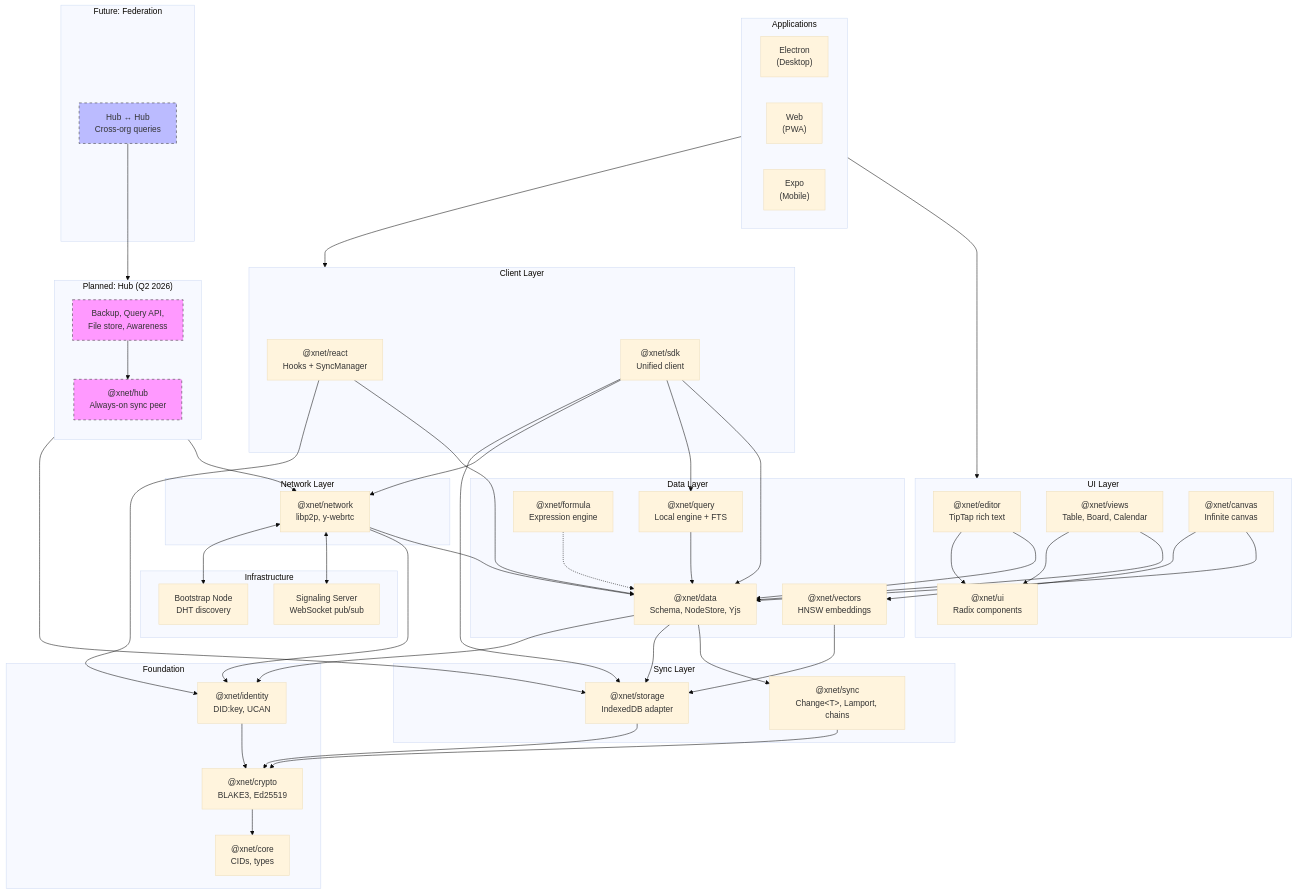
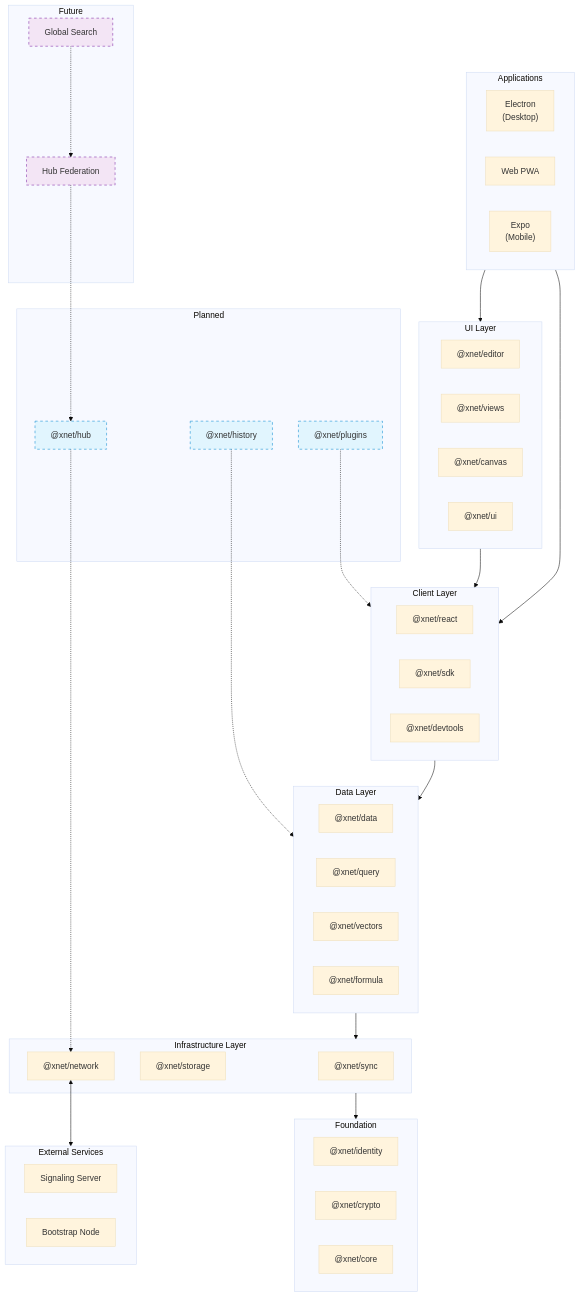
Before and after one commit to crs48/xNet: the first of 3 diagrams in README.md, drawn with Mermaid (base theme). The commit also changed other lines of this file, not shown here.

Commit message:
docs: improve architecture diagrams with hybrid sync model and roadmap

````diff
--- a/README.md
+++ b/README.md
@@ -10,110 +10,75 @@
 flowchart TB
     subgraph Apps["Applications"]
         Electron["Electron<br/>(Desktop)"]
-        Web["Web<br/>(PWA)"]
+        Web["Web PWA"]
         Expo["Expo<br/>(Mobile)"]
     end
 
     subgraph UI["UI Layer"]
-        Editor["@xnet/editor<br/>TipTap rich text"]
-        Views["@xnet/views<br/>Table, Board, Calendar"]
-        Canvas["@xnet/canvas<br/>Infinite canvas"]
-        UILib["@xnet/ui<br/>Radix components"]
+        Editor["@xnet/editor"]
+        Views["@xnet/views"]
+        Canvas["@xnet/canvas"]
+        UILib["@xnet/ui"]
     end
 
     subgraph Client["Client Layer"]
-        React["@xnet/react<br/>Hooks + SyncManager"]
-        SDK["@xnet/sdk<br/>Unified client"]
+        React["@xnet/react"]
+        SDK["@xnet/sdk"]
+        Devtools["@xnet/devtools"]
     end
 
     subgraph Data["Data Layer"]
-        DataPkg["@xnet/data<br/>Schema, NodeStore, Yjs"]
-        Query["@xnet/query<br/>Local engine + FTS"]
-        Vectors["@xnet/vectors<br/>HNSW embeddings"]
-        Formula["@xnet/formula<br/>Expression engine"]
+        DataPkg["@xnet/data"]
+        Query["@xnet/query"]
+        Vectors["@xnet/vectors"]
+        Formula["@xnet/formula"]
     end
 
-    subgraph Sync["Sync Layer"]
-        SyncPkg["@xnet/sync<br/>Change&lt;T&gt;, Lamport, chains"]
-        Storage["@xnet/storage<br/>IndexedDB adapter"]
+    subgraph Infra["Infrastructure Layer"]
+        Sync["@xnet/sync"]
+        Storage["@xnet/storage"]
+        Network["@xnet/network"]
     end
 
     subgraph Foundation["Foundation"]
-        Identity["@xnet/identity<br/>DID:key, UCAN"]
-        Crypto["@xnet/crypto<br/>BLAKE3, Ed25519"]
-        Core["@xnet/core<br/>CIDs, types"]
+        Identity["@xnet/identity"]
+        Crypto["@xnet/crypto"]
+        Core["@xnet/core"]
     end
 
-    subgraph Network["Network Layer"]
-        NetworkPkg["@xnet/network<br/>libp2p, y-webrtc"]
+    Apps --> UI & Client
+    UI --> Client
+    Client --> Data
+    Data --> Infra
+    Infra --> Foundation
+
+    subgraph External["External Services"]
+        Signaling["Signaling Server"]
+        Bootstrap["Bootstrap Node"]
     end
 
-    subgraph Infra["Infrastructure"]
-        Signaling["Signaling Server<br/>WebSocket pub/sub"]
-        Bootstrap["Bootstrap Node<br/>DHT discovery"]
+    Network <--> External
+
+    subgraph Planned["Planned"]
+        Hub["@xnet/hub"]
+        Plugins["@xnet/plugins"]
+        History["@xnet/history"]
     end
 
-    subgraph Planned["Planned: Hub (Q2 2026)"]
-        direction TB
-        Hub["@xnet/hub<br/>Always-on sync peer"]
-        HubFeatures["Backup, Query API,<br/>File store, Awareness"]
+    Hub -.-> Network
+    Plugins -.-> Client
+    History -.-> Data
+
+    subgraph Future["Future"]
+        Federation["Hub Federation"]
+        GlobalIndex["Global Search"]
     end
 
-    subgraph Future["Future: Federation"]
-        Federation["Hub ↔ Hub<br/>Cross-org queries"]
-    end
+    Federation -.-> Hub
+    GlobalIndex -.-> Federation
 
-    %% App connections
-    Apps --> UI
-    Apps --> Client
-
-    %% UI dependencies
-    Editor --> DataPkg
-    Editor --> UILib
-    Views --> DataPkg
-    Views --> UILib
-    Canvas --> DataPkg
-    Canvas --> Vectors
-
-    %% Client dependencies
-    React --> DataPkg
-    React --> Identity
-    SDK --> DataPkg
-    SDK --> Query
-    SDK --> NetworkPkg
-    SDK --> Storage
-
-    %% Data layer
-    DataPkg --> SyncPkg
-    DataPkg --> Storage
-    DataPkg --> Identity
-    Query --> DataPkg
-    Vectors --> Storage
-    Formula -.-> DataPkg
-
-    %% Sync layer
-    SyncPkg --> Crypto
-    Storage --> Crypto
-
-    %% Foundation
-    Identity --> Crypto
-    Crypto --> Core
-
-    %% Network
-    NetworkPkg --> DataPkg
-    NetworkPkg --> Identity
-    NetworkPkg <--> Signaling
-    NetworkPkg <--> Bootstrap
-
-    %% Planned connections
-    Hub --> NetworkPkg
-    Hub --> Storage
-    HubFeatures --> Hub
-    Federation --> Hub
-
-    %% Styling
-    classDef planned fill:#f9f,stroke:#333,stroke-dasharray: 5 5
-    classDef future fill:#bbf,stroke:#333,stroke-dasharray: 5 5
-    class Hub,HubFeatures planned
-    class Federation future
+    classDef planned fill:#e1f5fe,stroke:#0288d1,stroke-dasharray: 5 5
+    classDef future fill:#f3e5f5,stroke:#7b1fa2,stroke-dasharray: 5 5
+    class Hub,Plugins,History planned
+    class Federation,GlobalIndex future
 ```
````
